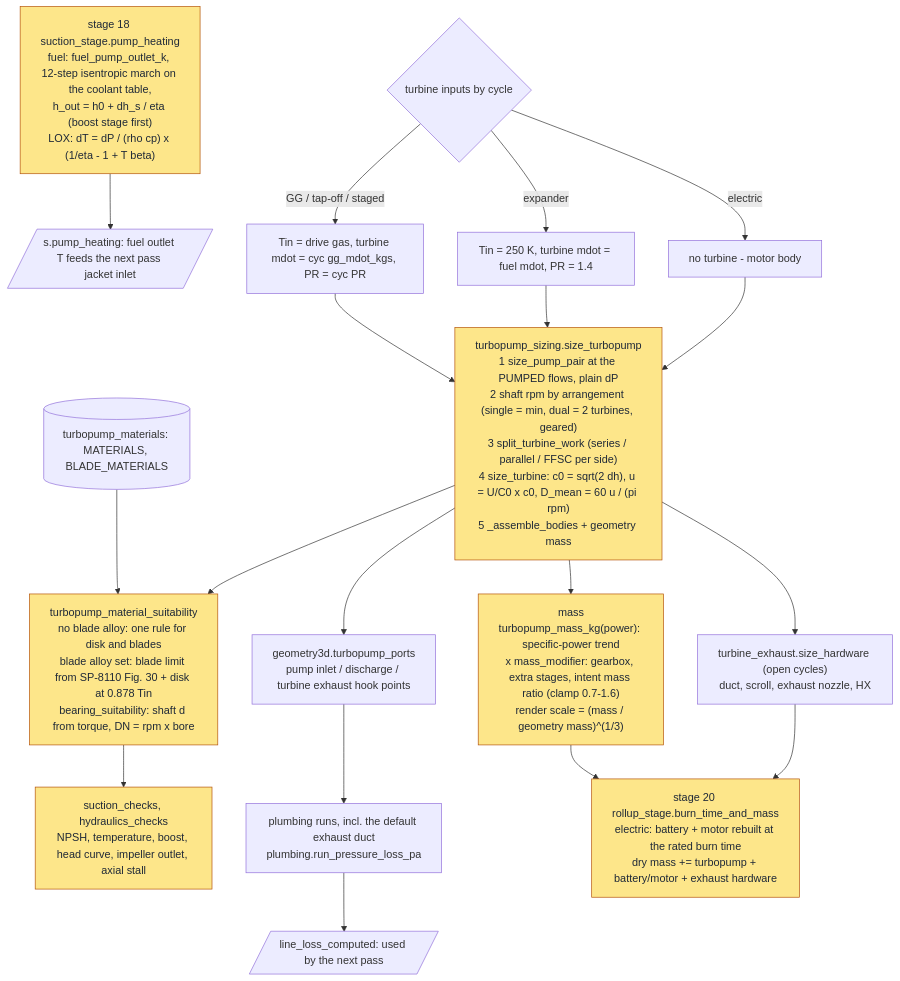
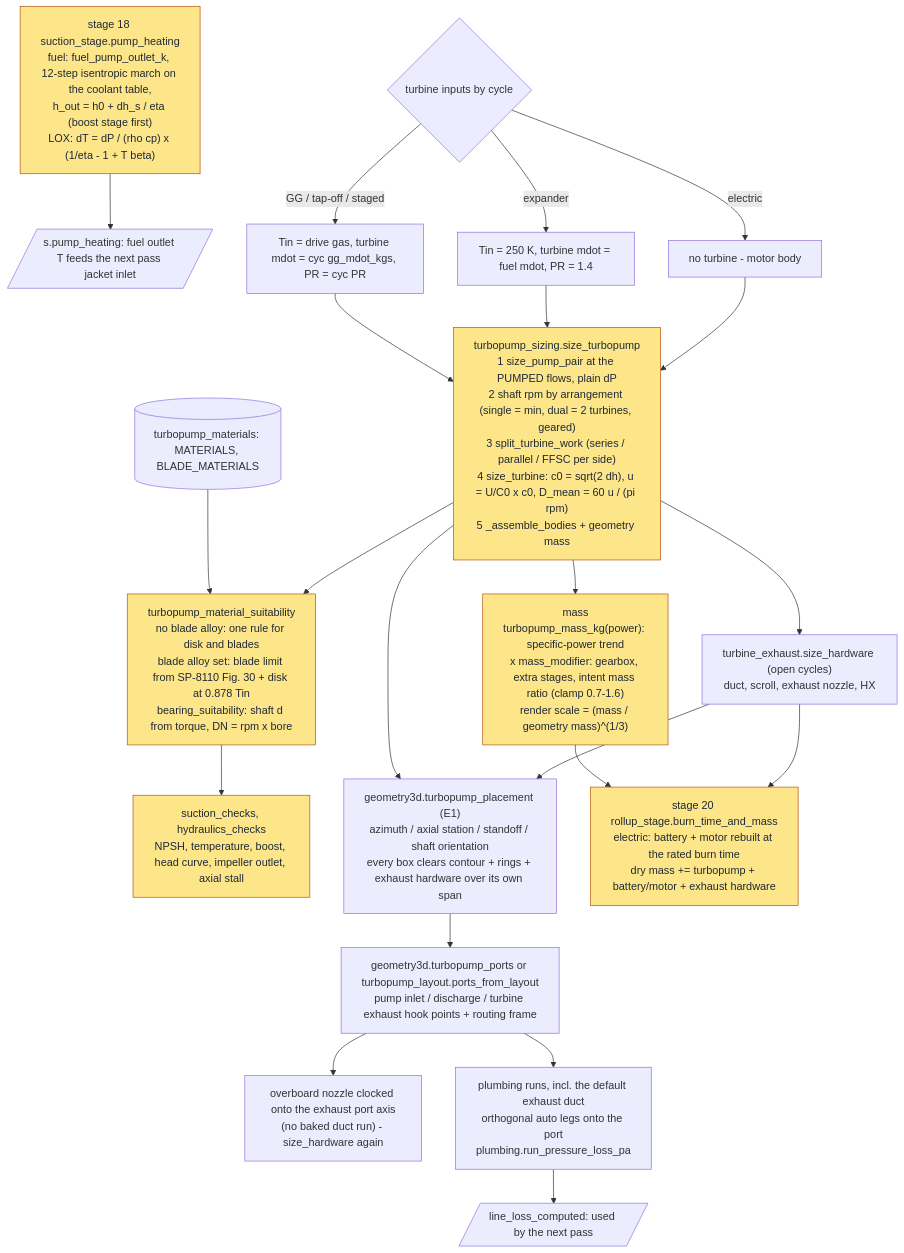
Before and after one commit to CoryDSummers/Corys-Procedural-Rocket-Engine-Simulator: the fifth of 6 diagrams in engine_designer/TURBOPUMP_FLOW.md, drawn with Mermaid. The commit also changed 3 other files, not shown here.

Commit message:
Turbopump placement E1 C5: docs (README, CLAUDE.md, TURBOPUMP_FLOW, plan copy with checklist)

````diff
--- a/engine_designer/TURBOPUMP_FLOW.md
+++ b/engine_designer/TURBOPUMP_FLOW.md
@@ -235,28 +235,31 @@
 ```mermaid
 flowchart TD
     PH["stage 18 suction_stage.pump_heating<br/>fuel: fuel_pump_outlet_k, 12-step isentropic march on the coolant table,<br/>h_out = h0 + dh_s / eta (boost stage first)<br/>LOX: dT = dP / (rho cp) x (1/eta - 1 + T beta)"]
     PH --> PHO[/"s.pump_heating: fuel outlet T feeds the next pass jacket inlet"/]
 
     DISP{"turbine inputs by cycle"}
     DISP -- "GG / tap-off / staged" --> T1["Tin = drive gas, turbine mdot = cyc gg_mdot_kgs, PR = cyc PR"]
     DISP -- "expander" --> T2["Tin = 250 K, turbine mdot = fuel mdot, PR = 1.4"]
     DISP -- "electric" --> T3["no turbine - motor body"]
     T1 --> STP
     T2 --> STP
     T3 --> STP
     STP["turbopump_sizing.size_turbopump<br/>1 size_pump_pair at the PUMPED flows, plain dP<br/>2 shaft rpm by arrangement (single = min, dual = 2 turbines, geared)<br/>3 split_turbine_work (series / parallel / FFSC per side)<br/>4 size_turbine: c0 = sqrt(2 dh), u = U/C0 x c0, D_mean = 60 u / (pi rpm)<br/>5 _assemble_bodies + geometry mass"]
     STP --> MASS["mass<br/>turbopump_mass_kg(power): specific-power trend<br/>x mass_modifier: gearbox, extra stages, intent mass ratio (clamp 0.7-1.6)<br/>render scale = (mass / geometry mass)^(1/3)"]
     MAT[("turbopump_materials: MATERIALS, BLADE_MATERIALS")]
     MAT --> CHK
     STP --> CHK["turbopump_material_suitability<br/>no blade alloy: one rule for disk and blades<br/>blade alloy set: blade limit from SP-8110 Fig. 30 + disk at 0.878 Tin<br/>bearing_suitability: shaft d from torque, DN = rpm x bore"]
     CHK --> SC2["suction_checks, hydraulics_checks<br/>NPSH, temperature, boost, head curve, impeller outlet, axial stall"]
     STP --> TEH["turbine_exhaust.size_hardware (open cycles)<br/>duct, scroll, exhaust nozzle, HX"]
-    STP --> PORTS["geometry3d.turbopump_ports<br/>pump inlet / discharge / turbine exhaust hook points"]
-    PORTS --> PL["plumbing runs, incl. the default exhaust duct<br/>plumbing.run_pressure_loss_pa"]
+    STP --> PLACE["geometry3d.turbopump_placement (E1)<br/>azimuth / axial station / standoff / shaft orientation<br/>every box clears contour + rings + exhaust hardware over its own span"]
+    TEH --> PLACE
+    PLACE --> PORTS["geometry3d.turbopump_ports or turbopump_layout.ports_from_layout<br/>pump inlet / discharge / turbine exhaust hook points + routing frame"]
+    PORTS --> TEC["overboard nozzle clocked onto the exhaust port axis<br/>(no baked duct run) - size_hardware again"]
+    PORTS --> PL["plumbing runs, incl. the default exhaust duct<br/>orthogonal auto legs onto the port<br/>plumbing.run_pressure_loss_pa"]
     PL --> LLC[/"line_loss_computed: used by the next pass"/]
     MASS --> RU["stage 20 rollup_stage.burn_time_and_mass<br/>electric: battery + motor rebuilt at the rated burn time<br/>dry mass += turbopump + battery/motor + exhaust hardware"]
     TEH --> RU
 
     class PH,STP,MASS,CHK,SC2,RU tp
     classDef tp fill:#fde68a,stroke:#b45309,color:#1f2937
 ```
````
